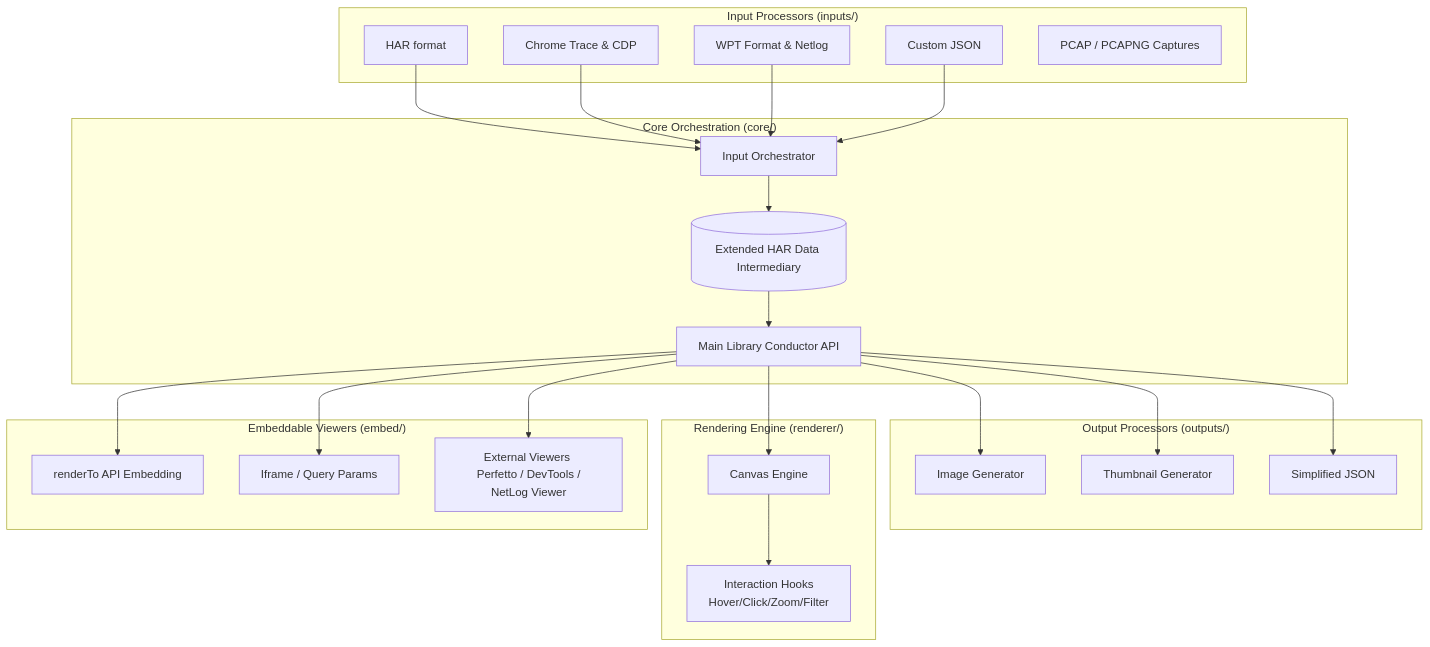
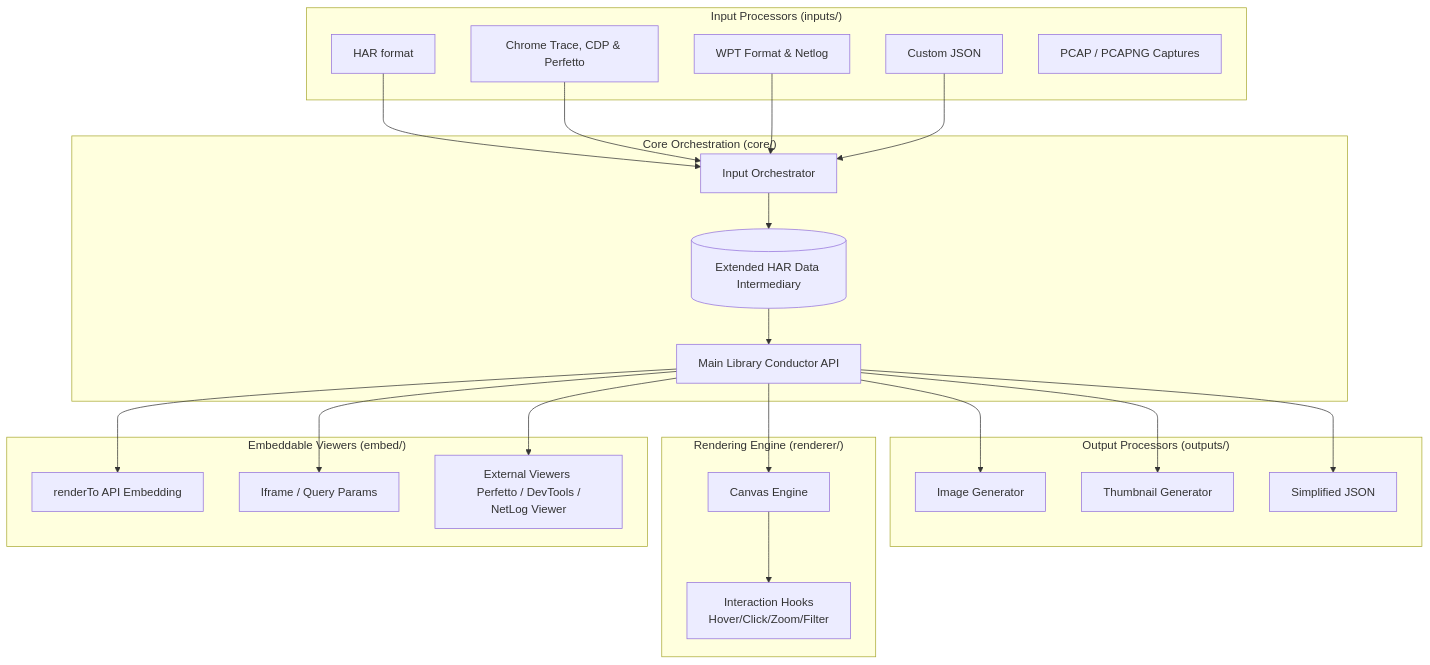
One commit to pmeenan/waterfall-tools changed the diagram in Docs/Architecture.md. Above: the diagram before and after it, drawn with Mermaid. The commit also changed other lines of this file and 11 other files, not shown here.

````diff
--- a/Docs/Architecture.md
+++ b/Docs/Architecture.md
@@ -14,56 +14,56 @@
 ```mermaid
 graph TD
     %% Inputs
     subgraph Inputs ["Input Processors (inputs/)"]
         HARv1[HAR format]
-        ChromeTrace[Chrome Trace & CDP]
+        ChromeTrace[Chrome Trace, CDP & Perfetto]
         WPT[WPT Format & Netlog]
         Custom[Custom JSON]
         Tcpdump[PCAP / PCAPNG Captures]
     end
 
     %% Orchestrator
     subgraph Core ["Core Orchestration (core/)"]
         Orchestrator[Input Orchestrator]
         HAR_Ext[(Extended HAR Data Intermediary)]
         Conductor[Main Library Conductor API]
     end
 
     %% Outputs & Viewers
     subgraph Processors ["Output Processors (outputs/)"]
         ImageGen[Image Generator]
         ThumbGen[Thumbnail Generator]
         JSONGen[Simplified JSON]
     end
 
     subgraph Renderer ["Rendering Engine (renderer/)"]
         Canvas[Canvas Engine]
         Interactions[Interaction Hooks <br/> Hover/Click/Zoom/Filter]
     end
 
     subgraph Embed ["Embeddable Viewers (embed/)"]
         DirectEmbed[renderTo API Embedding]
         Iframe[Iframe / Query Params]
         External[External Viewers <br/> Perfetto / DevTools / NetLog Viewer]
     end
 
     %% Connections
     HARv1 --> Orchestrator
     ChromeTrace --> Orchestrator
     WPT --> Orchestrator
     Custom --> Orchestrator
     
     Orchestrator --> HAR_Ext
     HAR_Ext --> Conductor
     
     Conductor --> ImageGen
     Conductor --> ThumbGen
     Conductor --> JSONGen
     
     Conductor --> Canvas
     Canvas --> Interactions
     
     Conductor --> DirectEmbed
     Conductor --> Iframe
     Conductor --> External
 ```
````
